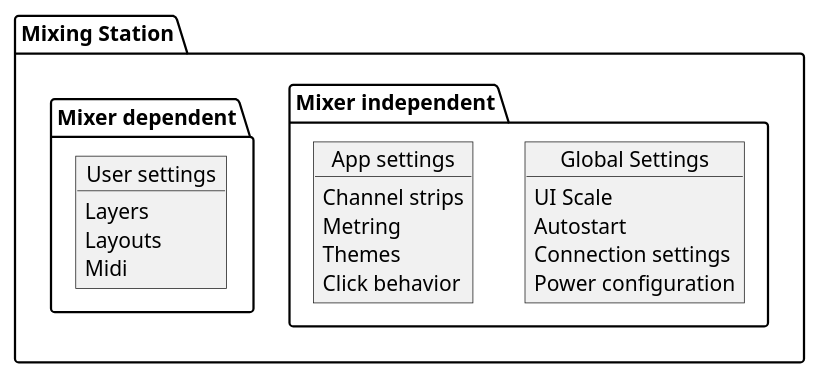
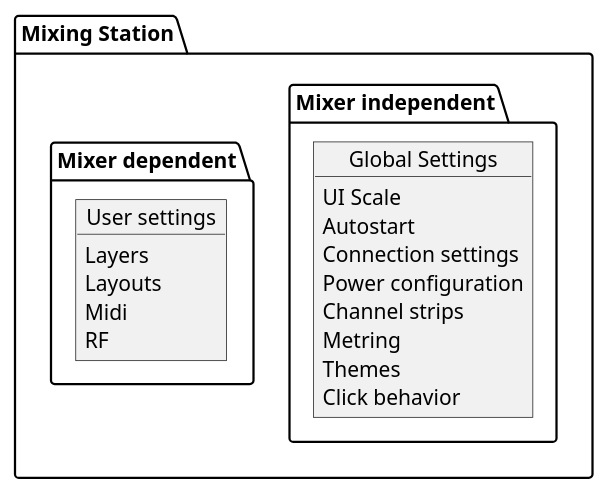
One commit to davidgiga1993/mixing-station-docs changed the first of 2 diagrams in docs/settings/overview.md. Above: the diagram before and after it, drawn with PlantUML. The commit also changed other lines of this file and 14 other files, not shown here.

````diff
--- a/docs/settings/overview.md
+++ b/docs/settings/overview.md
@@ -7,29 +7,27 @@
 ```plantuml
 @startuml
 package "Mixing Station" {
    package "Mixer independent" {
       object "Global Settings" as global {
       UI Scale
       Autostart
       Connection settings
       Power configuration
-      }
-      
-      object "App settings" as app {
       Channel strips
       Metring
       Themes
       Click behavior
       }
    }
    
    package "Mixer dependent"{
       object "User settings" as user {
       Layers
       Layouts
       Midi
+      RF
        }
    }
 }
 @enduml
 ```
````
